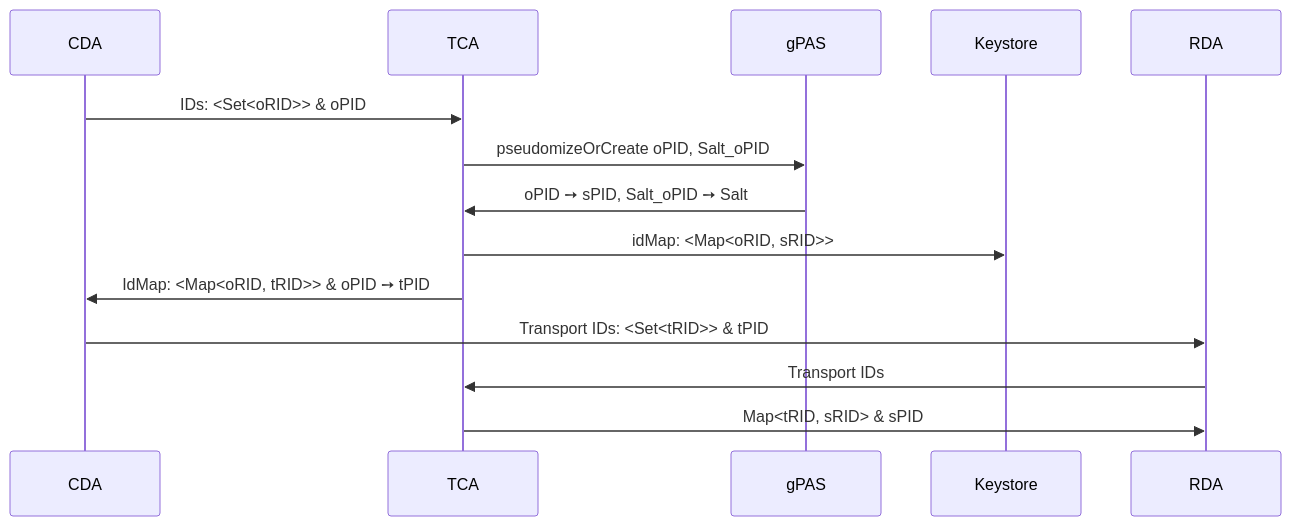
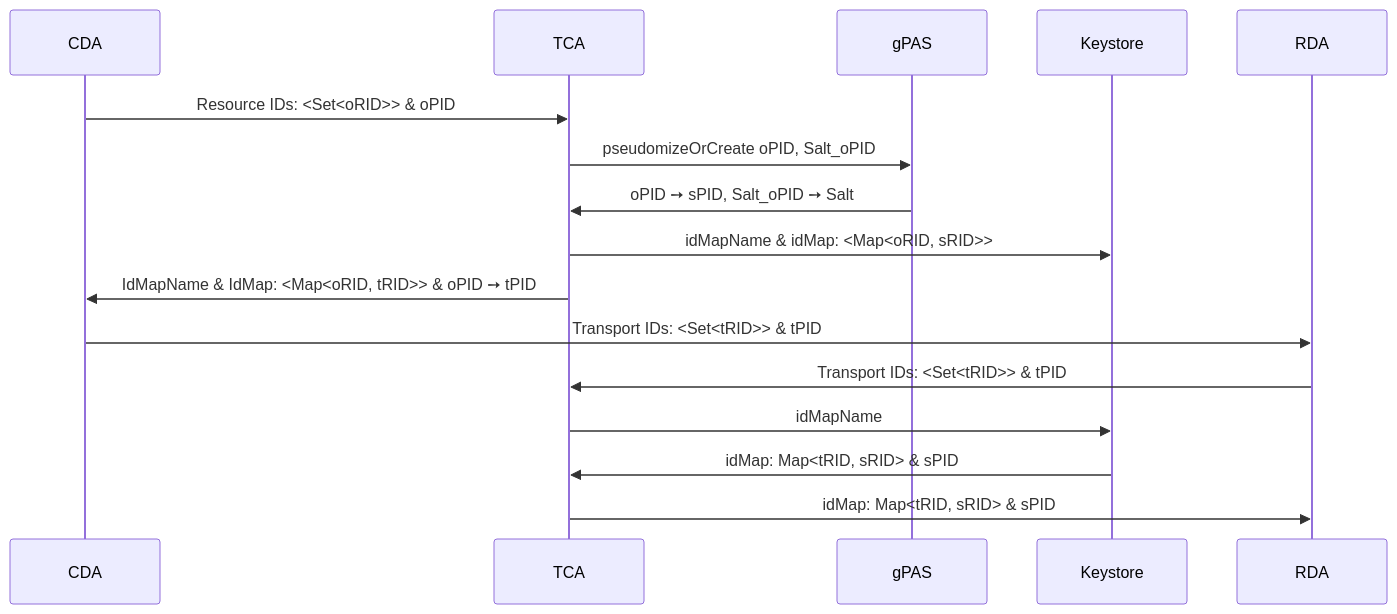
The diagram in docs/development/trustcenter-agent.md (medizininformatik-initiative/fts-next), drawn with Mermaid before and after one commit.

Commit message:
Update Documentation of Pseudonym Provider Flowchart

````diff
--- a/docs/development/trustcenter-agent.md
+++ b/docs/development/trustcenter-agent.md
@@ -31,11 +31,13 @@
 ```mermaid
 sequenceDiagram
-    CDA ->> TCA: IDs: <Set<oRID>> & oPID
+    CDA ->> TCA: Resource IDs: <Set<oRID>> & oPID
     TCA ->> gPAS: pseudomizeOrCreate oPID, Salt_oPID
     gPAS ->> TCA: oPID ➙ sPID, Salt_oPID ➙ Salt
-    TCA ->> Keystore: idMap: <Map<oRID, sRID>>
-    TCA ->> CDA: IdMap: <Map<oRID, tRID>> & oPID ➙ tPID
+    TCA ->> Keystore: idMapName & idMap: <Map<oRID, sRID>>
+    TCA ->> CDA: IdMapName & IdMap: <Map<oRID, tRID>> & oPID ➙ tPID
     CDA ->> RDA: Transport IDs: <Set<tRID>> & tPID
-    RDA ->> TCA: Transport IDs
-    TCA ->> RDA: Map<tRID, sRID> & sPID
+    RDA ->> TCA: Transport IDs: <Set<tRID>> & tPID
+    TCA ->> Keystore: idMapName
+    Keystore ->> TCA: idMap: Map<tRID, sRID> & sPID
+    TCA ->> RDA: idMap: Map<tRID, sRID> & sPID
 ```
````
